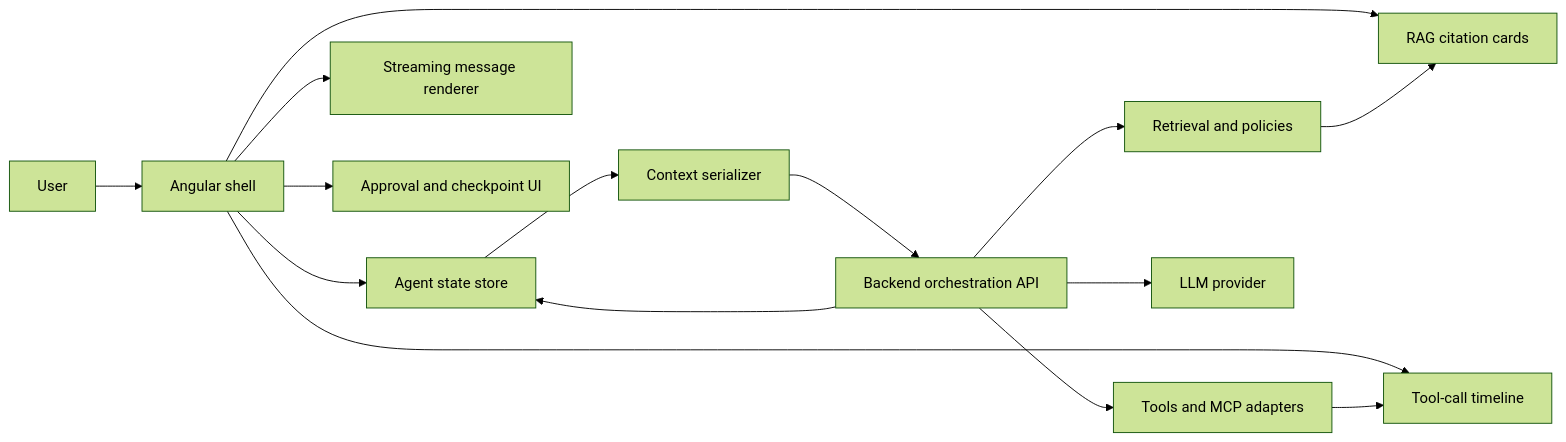
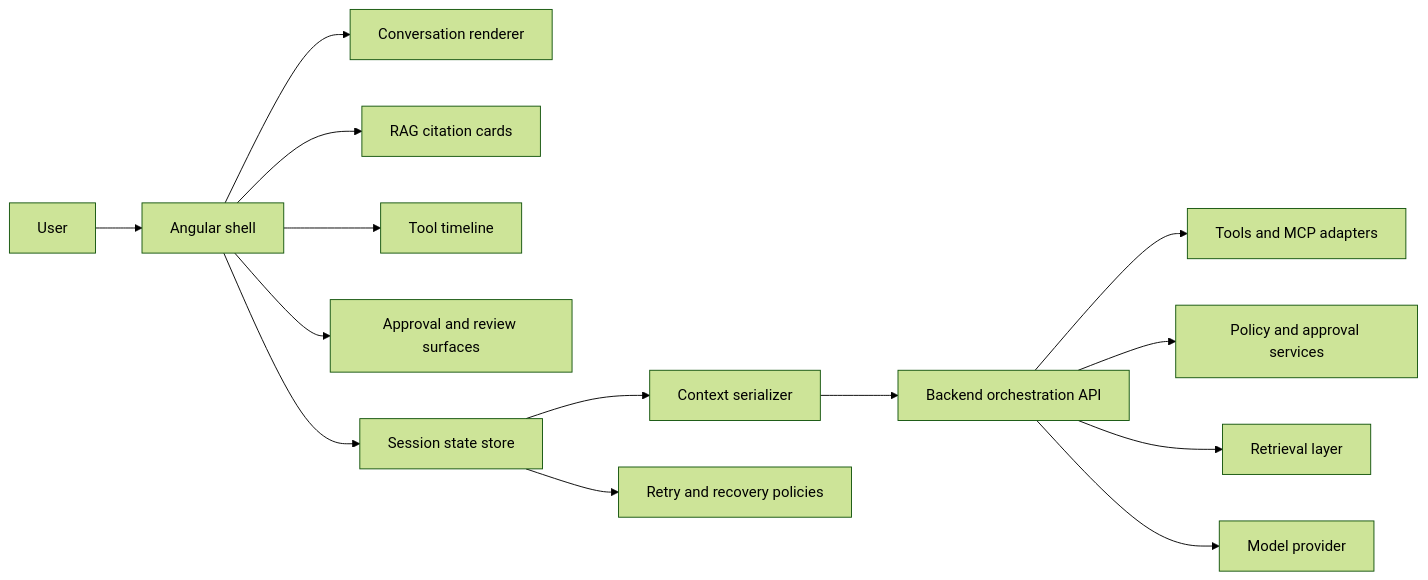
Before and after one commit to AnkitParekh007/frontend-ai-patterns: the diagram in README.md, drawn with Mermaid (forest theme). The commit also changed other lines of this file and 103 other files, not shown here.

````diff
--- a/README.md
+++ b/README.md
@@ -53,17 +40,16 @@
 ```mermaid
 flowchart LR
     User["User"] --> Shell["Angular shell"]
-    Shell --> State["Agent state store"]
-    Shell --> Stream["Streaming message renderer"]
-    Shell --> Sources["RAG citation cards"]
-    Shell --> Timeline["Tool-call timeline"]
-    Shell --> Approval["Approval and checkpoint UI"]
-    State --> Context["Context serializer"]
+    Shell --> Thread["Conversation renderer"]
+    Shell --> Retrieval["RAG citation cards"]
+    Shell --> Timeline["Tool timeline"]
+    Shell --> Approval["Approval and review surfaces"]
+    Shell --> Store["Session state store"]
+    Store --> Context["Context serializer"]
+    Store --> Recovery["Retry and recovery policies"]
     Context --> Api["Backend orchestration API"]
-    Api --> Retrieval["Retrieval and policies"]
     Api --> Tools["Tools and MCP adapters"]
-    Api --> Model["LLM provider"]
-    Tools --> Timeline
-    Retrieval --> Sources
-    Api --> State
+    Api --> Policies["Policy and approval services"]
+    Api --> RetrievalLayer["Retrieval layer"]
+    Api --> Model["Model provider"]
 ```
````
